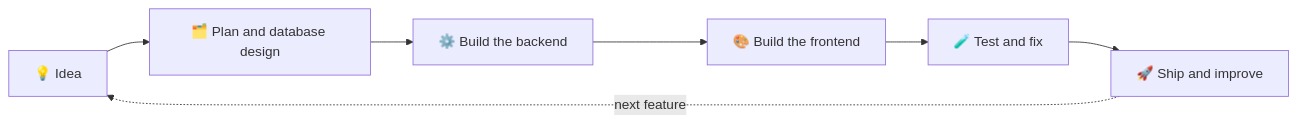
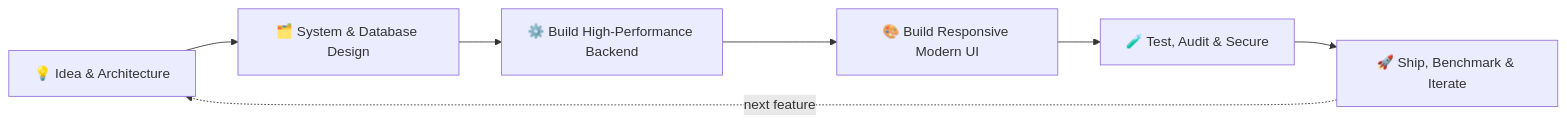
The second of 2 diagrams in README.md (Isuru-CodeX/Isuru-CodeX), drawn with Mermaid before and after one commit. The commit also changed other lines of this file, not shown here.

````diff
--- a/README.md
+++ b/README.md
@@ -200,9 +225,9 @@
 ```mermaid
 flowchart LR
-    A["💡 Idea"] --> B["🗂️ Plan and database design"]
-    B --> C["⚙️ Build the backend"]
-    C --> D["🎨 Build the frontend"]
-    D --> E["🧪 Test and fix"]
-    E --> F["🚀 Ship and improve"]
+    A["💡 Idea & Architecture"] --> B["🗂️ System & Database Design"]
+    B --> C["⚙️ Build High-Performance Backend"]
+    C --> D["🎨 Build Responsive Modern UI"]
+    D --> E["🧪 Test, Audit & Secure"]
+    E --> F["🚀 Ship, Benchmark & Iterate"]
     F -.->|"next feature"| A
 ```
````
